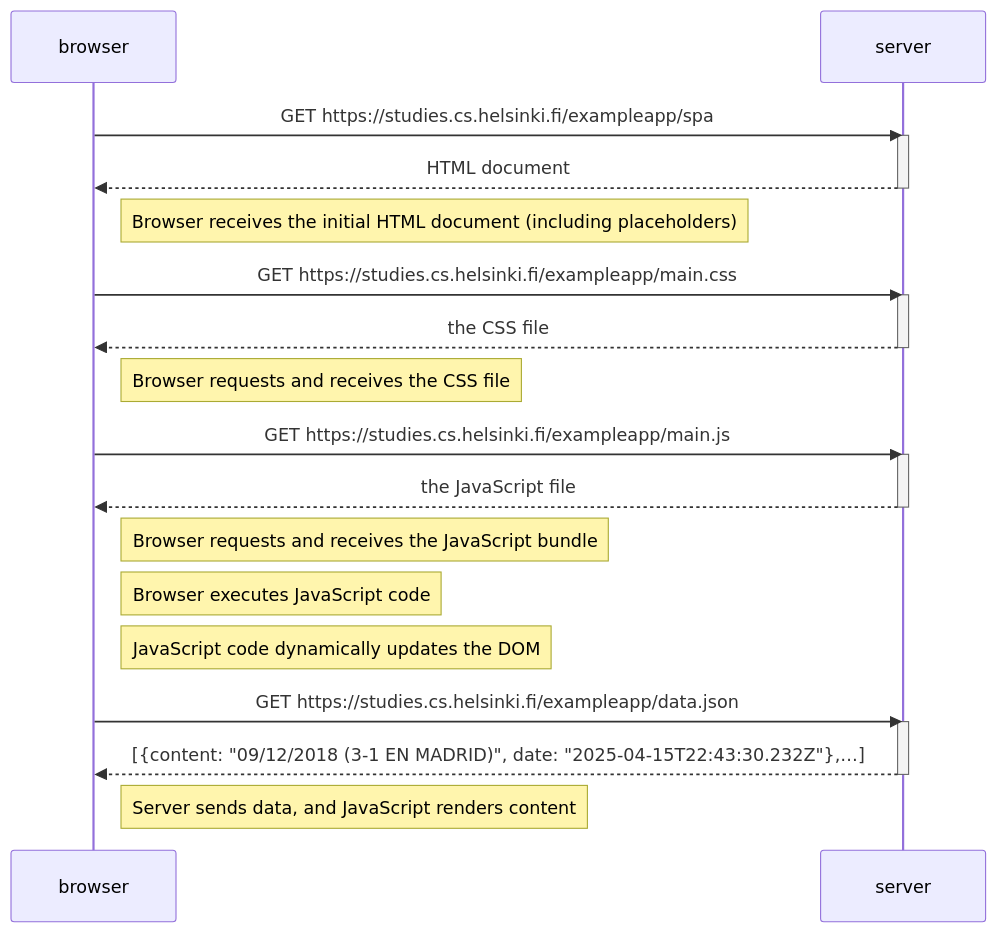
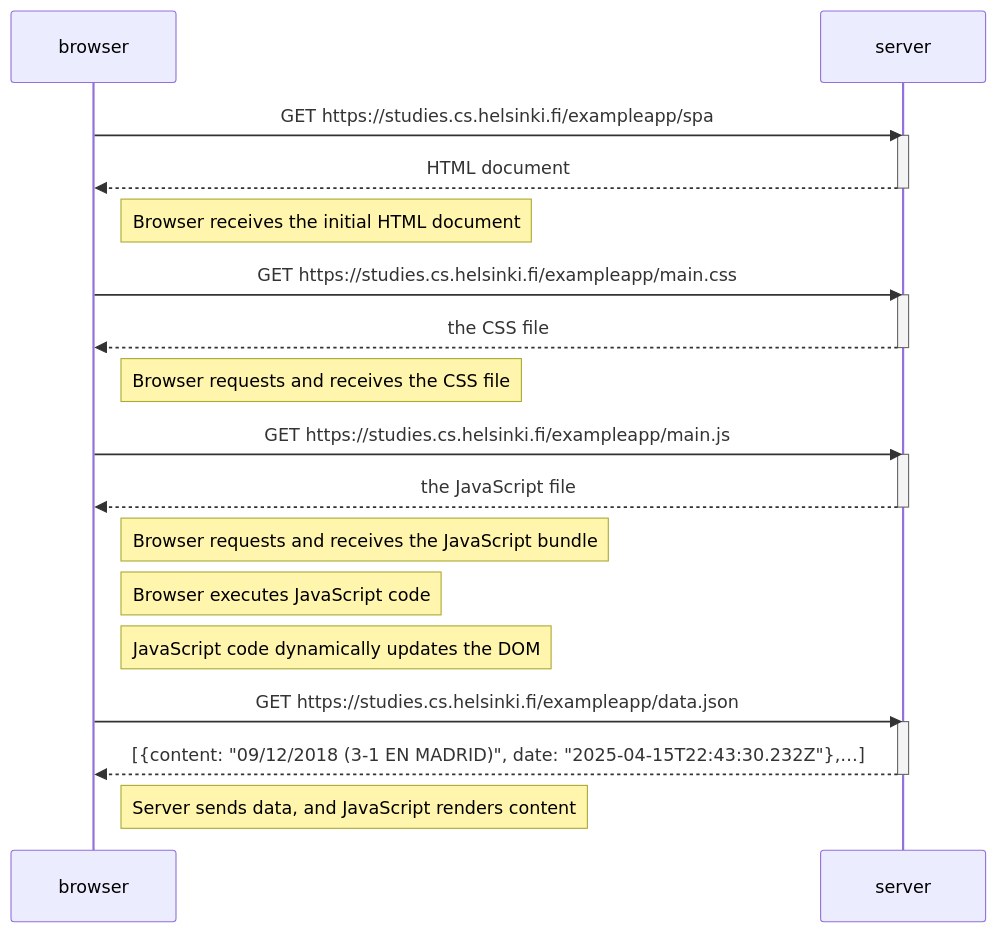
Before and after one commit to ephemeral172/FullStackOpen: the diagram in part0/Exercises 0.1-0.6/0.5 Single page app diagram.md, drawn with Mermaid.

Commit message:
Update 0.5 Single page app diagram.md

````diff
--- a/part0/Exercises 0.1-0.6/0.5 Single page app diagram.md
+++ b/part0/Exercises 0.1-0.6/0.5 Single page app diagram.md
@@ -1,53 +1,53 @@
 ```mermaid
 
 sequenceDiagram
 
     participant browser
 
     participant server
 
     browser->>server: GET https://studies.cs.helsinki.fi/exampleapp/spa
 
     activate server
 
     server-->>browser: HTML document
 
     deactivate server
 
-    Note right of browser: Browser receives the initial HTML document (including placeholders)
+    Note right of browser: Browser receives the initial HTML document
 
     browser->>server: GET https://studies.cs.helsinki.fi/exampleapp/main.css
 
     activate server
 
     server-->>browser: the CSS file
 
     deactivate server
 
     Note right of browser: Browser requests and receives the CSS file
 
     browser->>server: GET https://studies.cs.helsinki.fi/exampleapp/main.js
 
     activate server
 
     server-->>browser: the JavaScript file
 
     deactivate server
 
     Note right of browser: Browser requests and receives the JavaScript bundle
 
     Note right of browser: Browser executes JavaScript code
 
     Note right of browser: JavaScript code dynamically updates the DOM
 
     browser->>server: GET https://studies.cs.helsinki.fi/exampleapp/data.json
 
     activate server
 
     server-->>browser: [{content: "09/12/2018 (3-1 EN MADRID)", date: "2025-04-15T22:43:30.232Z"},…]
 
     deactivate server
 
     Note right of browser: Server sends data, and JavaScript renders content
 
 ```
````
